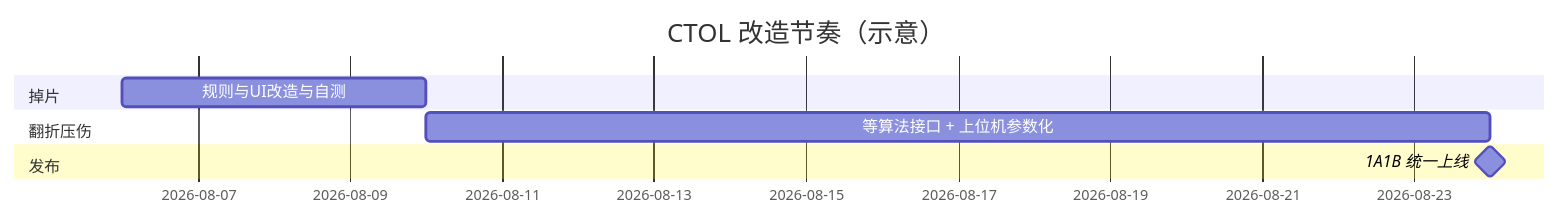
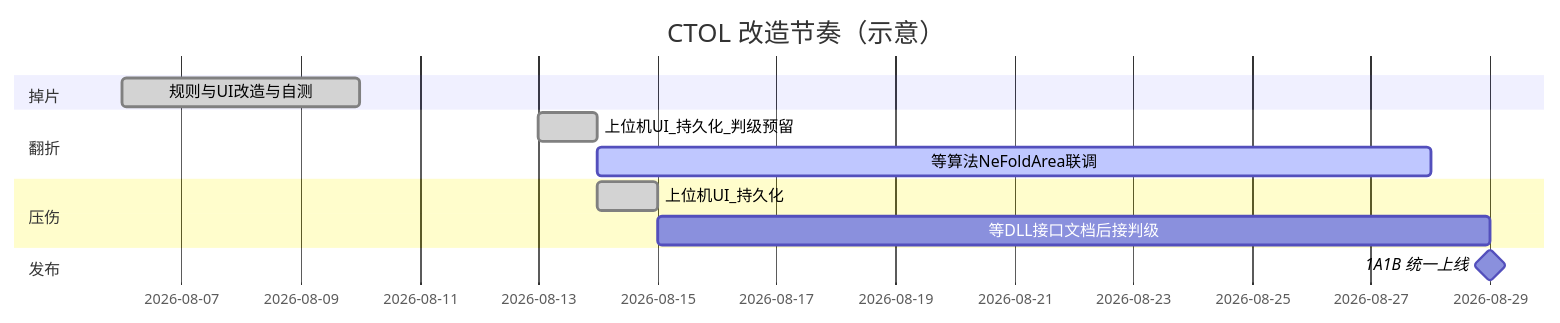
One commit to HH201311/project2.0 changed the diagram in docs/CTOL/CTOL改造指南.md. Above: the diagram before and after it, drawn with Mermaid. The commit also changed other lines of this file and 11 other files, not shown here.

````diff
--- a/docs/CTOL/CTOL改造指南.md
+++ b/docs/CTOL/CTOL改造指南.md
@@ -20,11 +36,15 @@
 ```mermaid
 gantt
   title CTOL 改造节奏（示意）
   dateFormat  YYYY-MM-DD
   section 掉片
-  规则与UI改造与自测           :a1, 2026-08-06, 2026-08-10
-  section 翻折压伤
-  等算法接口 + 上位机参数化    :a2, after a1, 14d
+  规则与UI改造与自测           :done, a1, 2026-08-06, 2026-08-10
+  section 翻折
+  上位机UI_持久化_判级预留     :done, a2, 2026-08-13, 1d
+  等算法NeFoldArea联调         :active, a3, after a2, 14d
+  section 压伤
+  上位机UI_持久化              :done, a4, 2026-08-14, 1d
+  等DLL接口文档后接判级        :a5, after a4, 14d
   section 发布
-  1A1B 统一上线               :milestone, m1, after a2, 0d
+  1A1B 统一上线               :milestone, m1, after a5, 0d
 ```
````
